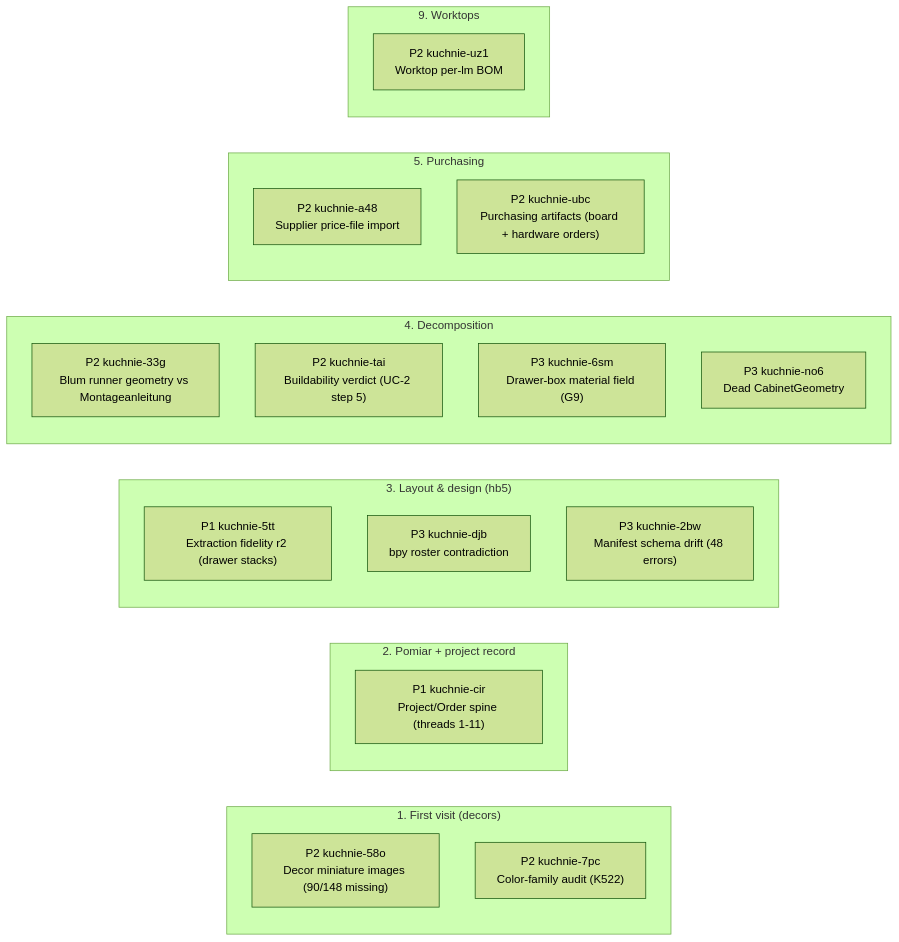
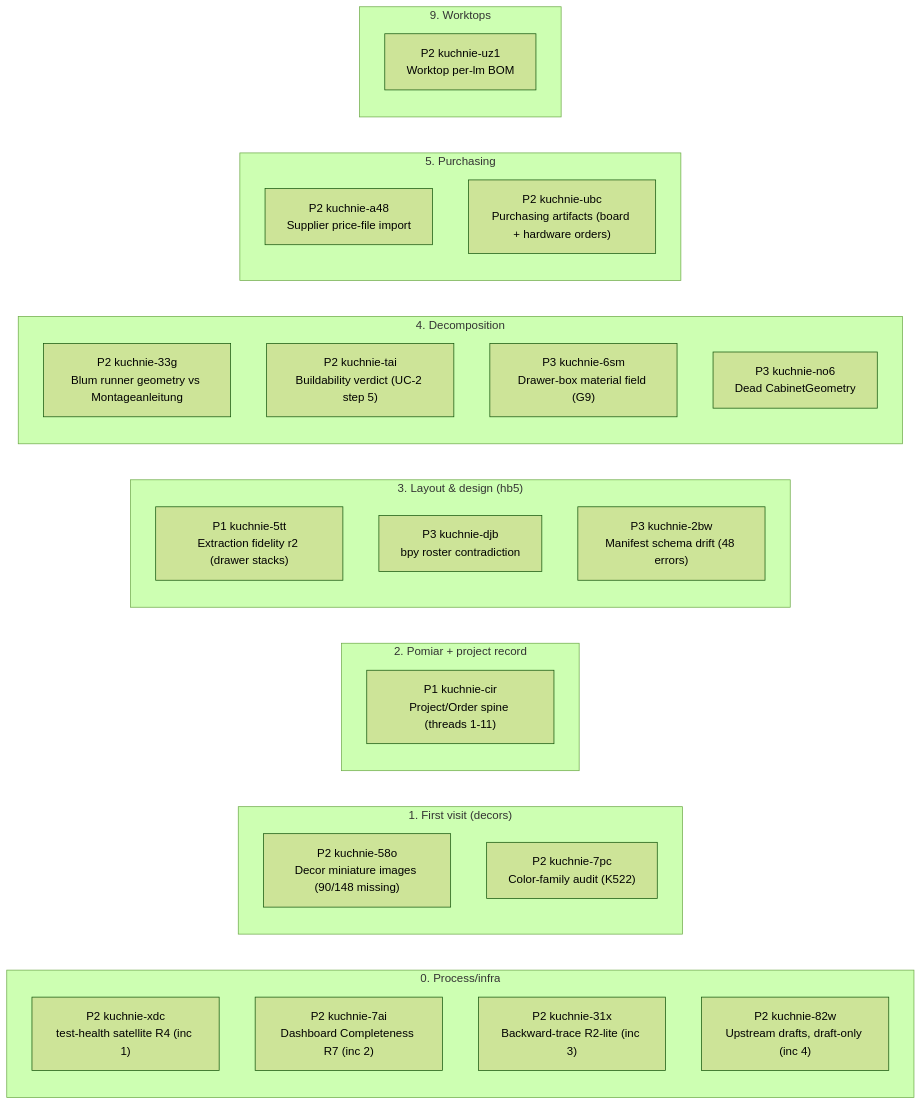
The first of 2 diagrams in STATUS.md (m1981/kuchnie), drawn with Mermaid (forest theme) before and after one commit. The commit also changed other lines of this file and 3 other files, not shown here.

````diff
--- a/STATUS.md
+++ b/STATUS.md
@@ -36,28 +36,34 @@
 ```mermaid
 flowchart LR
+    subgraph s0 ["0. Process/infra"]
+        kuchnie_xdc["P2 kuchnie-xdc<br/>test-health satellite R4 (inc 1)"]
+        kuchnie_7ai["P2 kuchnie-7ai<br/>Dashboard Completeness R7 (inc 2)"]
+        kuchnie_31x["P2 kuchnie-31x<br/>Backward-trace R2-lite (inc 3)"]
+        kuchnie_82w["P2 kuchnie-82w<br/>Upstream drafts, draft-only (inc 4)"]
+    end
     subgraph s1 ["1. First visit (decors)"]
         kuchnie_58o["P2 kuchnie-58o<br/>Decor miniature images (90/148 missing)"]
         kuchnie_7pc["P2 kuchnie-7pc<br/>Color-family audit (K522)"]
     end
     subgraph s2 ["2. Pomiar + project record"]
         kuchnie_cir["P1 kuchnie-cir<br/>Project/Order spine (threads 1-11)"]
     end
     subgraph s3 ["3. Layout & design (hb5)"]
         kuchnie_5tt["P1 kuchnie-5tt<br/>Extraction fidelity r2 (drawer stacks)"]
         kuchnie_djb["P3 kuchnie-djb<br/>bpy roster contradiction"]
         kuchnie_2bw["P3 kuchnie-2bw<br/>Manifest schema drift (48 errors)"]
     end
     subgraph s4 ["4. Decomposition"]
         kuchnie_33g["P2 kuchnie-33g<br/>Blum runner geometry vs Montageanleitung"]
         kuchnie_tai["P2 kuchnie-tai<br/>Buildability verdict (UC-2 step 5)"]
         kuchnie_6sm["P3 kuchnie-6sm<br/>Drawer-box material field (G9)"]
         kuchnie_no6["P3 kuchnie-no6<br/>Dead CabinetGeometry"]
     end
     subgraph s5 ["5. Purchasing"]
         kuchnie_a48["P2 kuchnie-a48<br/>Supplier price-file import"]
         kuchnie_ubc["P2 kuchnie-ubc<br/>Purchasing artifacts (board + hardware orders)"]
     end
     subgraph s9 ["9. Worktops"]
         kuchnie_uz1["P2 kuchnie-uz1<br/>Worktop per-lm BOM"]
     end
 ```
````
